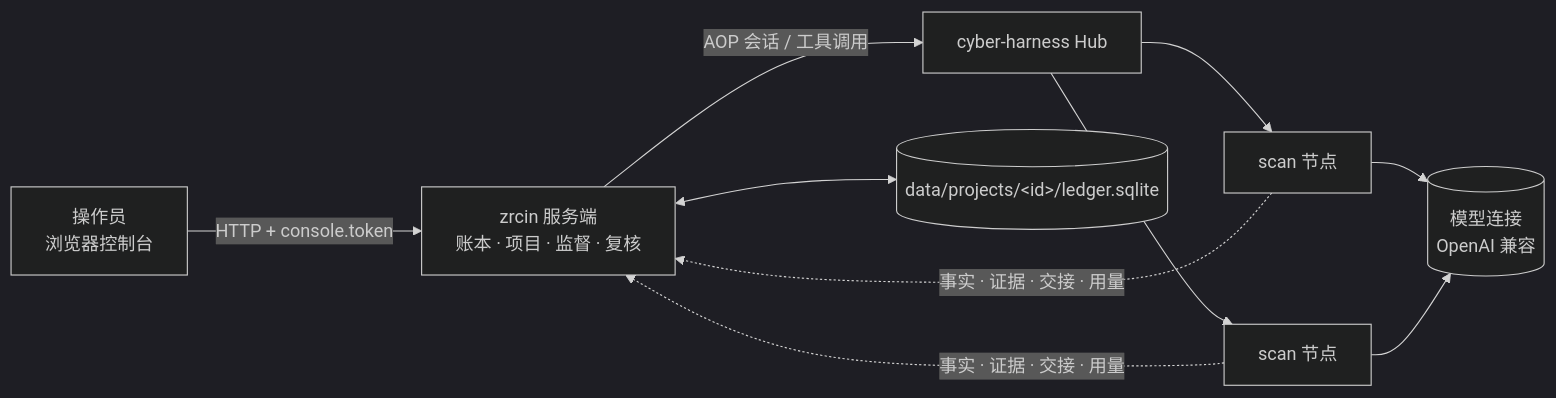
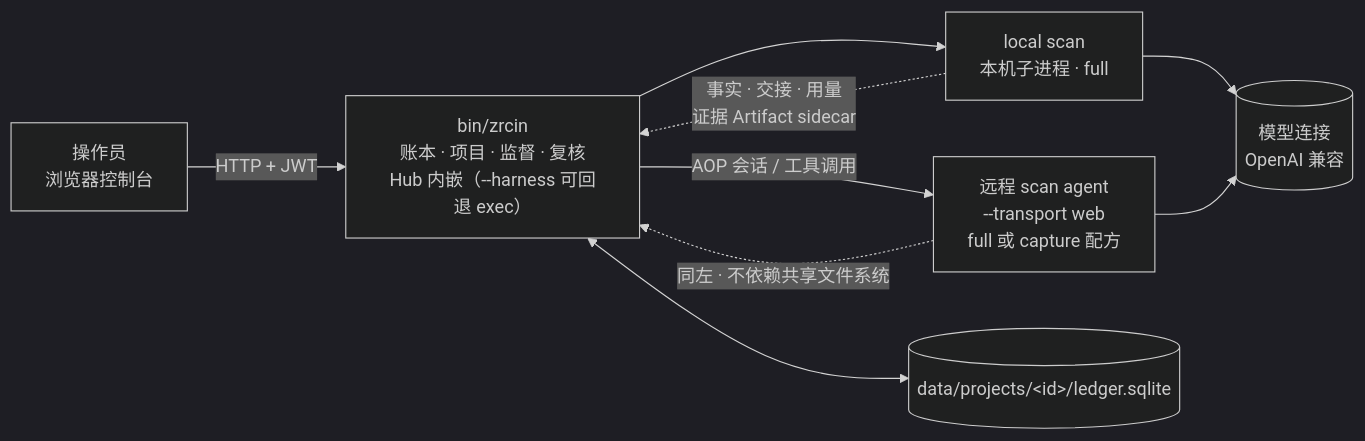
One commit to c1ayooo/4zrcin changed the diagram in README.md. Above: the diagram before and after it, drawn with Mermaid (dark theme). The commit also changed other lines of this file and 6 other files, not shown here.

First line of the commit message:
docs: refresh README with console screenshots and the current architecture

````diff
--- a/README.md
+++ b/README.md
@@ -22,12 +33,11 @@
 ```mermaid
 flowchart LR
-  OP[操作员<br/>浏览器控制台] -->|HTTP + console.token| TW[zrcin 服务端<br/>账本 · 项目 · 监督 · 复核]
-  TW -->|AOP 会话 / 工具调用| HUB[cyber-harness Hub]
-  HUB --> S1[scan 节点]
-  HUB --> S2[scan 节点]
-  S1 --> LLM[(模型连接<br/>OpenAI 兼容)]
-  S2 --> LLM
-  S1 -.->|事实 · 证据 · 交接 · 用量| TW
-  S2 -.->|事实 · 证据 · 交接 · 用量| TW
+  OP[操作员<br/>浏览器控制台] -->|HTTP + JWT| TW["bin/zrcin<br/>账本 · 项目 · 监督 · 复核<br/>Hub 内嵌（--harness 可回退 exec）"]
+  TW --> Local["local scan<br/>本机子进程 · full"]
+  TW -->|AOP 会话 / 工具调用| Remote["远程 scan agent<br/>--transport web<br/>full 或 capture 配方"]
+  Local --> LLM[(模型连接<br/>OpenAI 兼容)]
+  Remote --> LLM
+  Local -.->|事实 · 交接 · 用量<br/>证据 Artifact sidecar| TW
+  Remote -.->|同左 · 不依赖共享文件系统| TW
   TW <--> LEDGER[(data/projects/&lt;id&gt;/ledger.sqlite)]
 ```
````
